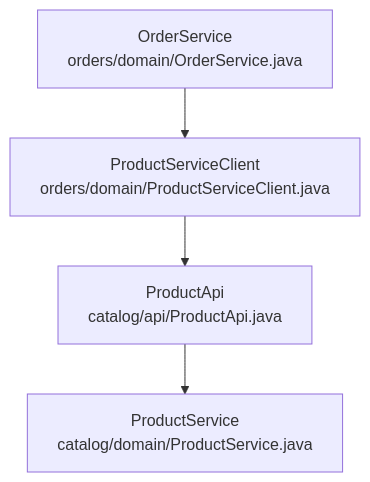
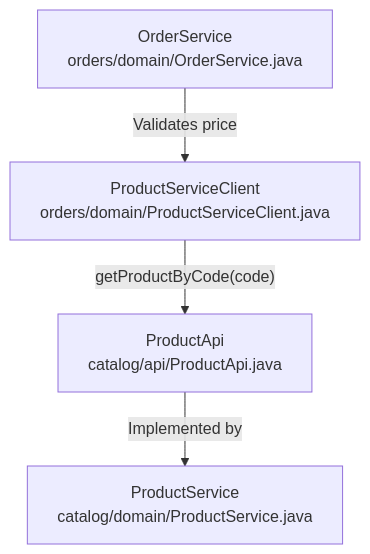
One commit to philipz/spring-modular-monolith changed the third of 5 diagrams in docs/deepwiki/Overview.md. Above: the diagram before and after it, drawn with Mermaid. The commit also changed other lines of this file and 55 other files, not shown here.

````diff
--- a/docs/deepwiki/Overview.md
+++ b/docs/deepwiki/Overview.md
@@ -219,12 +219,12 @@
 ```mermaid
 flowchart TD
 
 ordersService["OrderService<br>orders/domain/OrderService.java"]
 productClient["ProductServiceClient<br>orders/domain/ProductServiceClient.java"]
 productApi["ProductApi<br>catalog/api/ProductApi.java"]
 productService["ProductService<br>catalog/domain/ProductService.java"]
 
-ordersService --> productClient
-productClient --> productApi
-productApi --> productService
+ordersService -->|"Validates price"| productClient
+productClient -->|"getProductByCode(code)"| productApi
+productApi -->|"Implemented by"| productService
 ```
````
